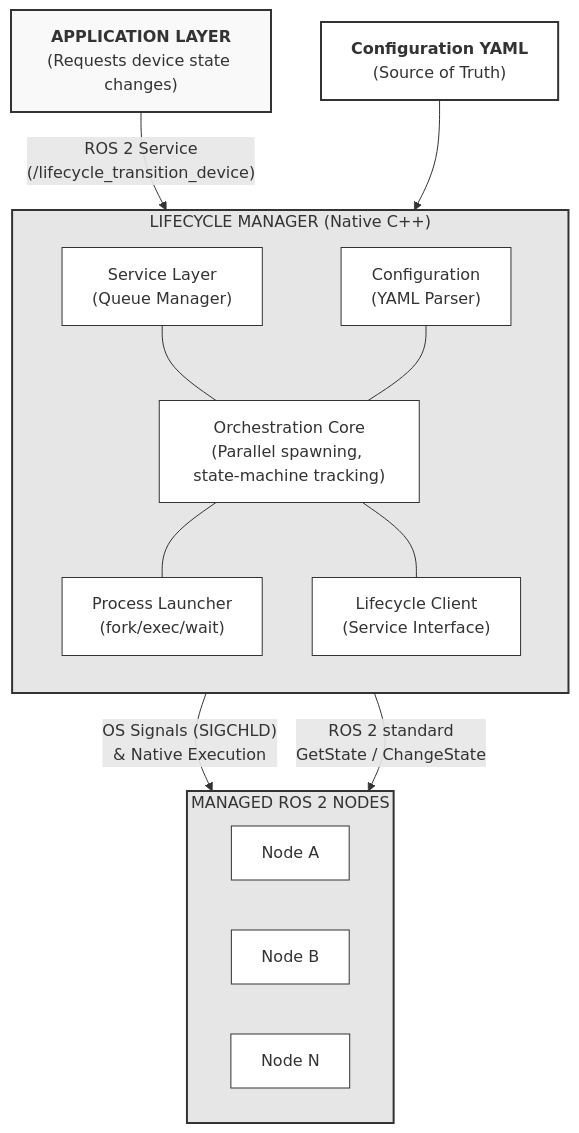
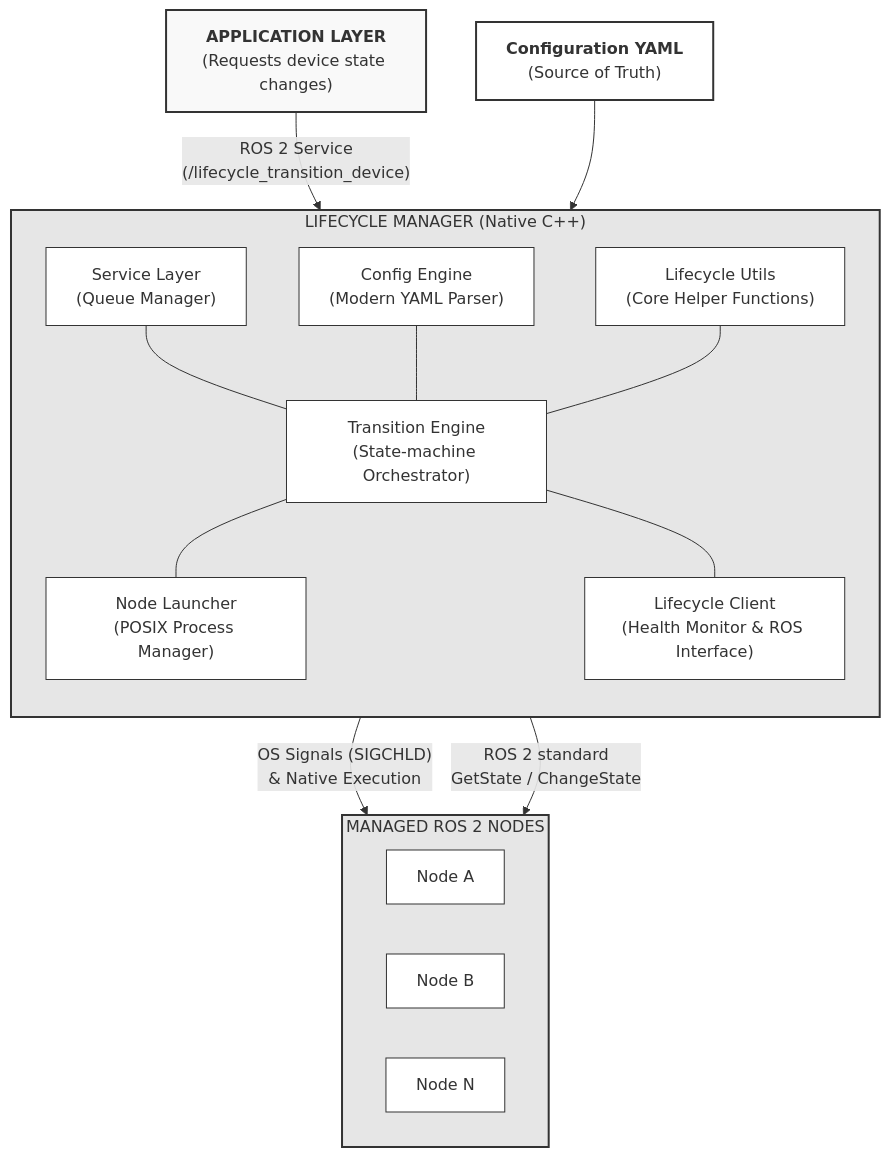
The first of 3 diagrams in README.md (Open-Edge-Robotics/A.RobotAI-LGE-ROS2-LifecycleManager), drawn with Mermaid before and after one commit. The commit also changed other lines of this file, not shown here.

````diff
--- a/README.md
+++ b/README.md
@@ -117,45 +117,48 @@
 ```mermaid
 flowchart TD
     App["<b>APPLICATION LAYER</b><br/>(Requests device state changes)"]
     YAML["<b>Configuration YAML</b><br/>(Source of Truth)"]
 
     subgraph Manager ["LIFECYCLE MANAGER (Native C++)"]
         direction TB
         SL["Service Layer<br/>(Queue Manager)"]
-        Conf["Configuration<br/>(YAML Parser)"]
-        Core["Orchestration Core<br/>(Parallel spawning, state-machine tracking)"]
-        PL["Process Launcher<br/>(fork/exec/wait)"]
-        LC["Lifecycle Client<br/>(Service Interface)"]
+        Conf["Config Engine<br/>(Modern YAML Parser)"]
+        TE["Transition Engine<br/>(State-machine Orchestrator)"]
+        NL["Node Launcher<br/>(POSIX Process Manager)"]
+        LC["Lifecycle Client<br/>(Health Monitor & ROS Interface)"]
+        Utils["Lifecycle Utils<br/>(Core Helper Functions)"]
         
-        SL --- Core
-        Conf --- Core
-        Core --- PL
-        Core --- LC
+        SL --- TE
+        Conf --- TE
+        TE --- NL
+        TE --- LC
+        Utils --- TE
     end
 
     subgraph Nodes ["MANAGED ROS 2 NODES"]
         direction LR
         NA["Node A"]
         NB["Node B"]
         NN["Node N"]
     end
 
     App -- "ROS 2 Service<br/>(/lifecycle_transition_device)" --> SL
     YAML --> Conf
     
-    PL -- "OS Signals (SIGCHLD)<br/>& Native Execution" --> Nodes
+    NL -- "OS Signals (SIGCHLD)<br/>& Native Execution" --> Nodes
     LC -- "ROS 2 standard<br/>GetState / ChangeState" --> Nodes
 
     style App fill:#f9f9f9,stroke:#333,stroke-width:2px
     style Manager fill:#e6e6e6,stroke:#333,stroke-width:2px
     style Nodes fill:#e6e6e6,stroke:#333,stroke-width:2px
     style SL fill:#fff,stroke:#333
     style Conf fill:#fff,stroke:#333
-    style Core fill:#fff,stroke:#333
-    style PL fill:#fff,stroke:#333
+    style TE fill:#fff,stroke:#333
+    style NL fill:#fff,stroke:#333
     style LC fill:#fff,stroke:#333
+    style Utils fill:#fff,stroke:#333
     style YAML fill:#fff,stroke:#333,stroke-width:2px
     style NA fill:#fff,stroke:#333
     style NB fill:#fff,stroke:#333
     style NN fill:#fff,stroke:#333
 ```
````
